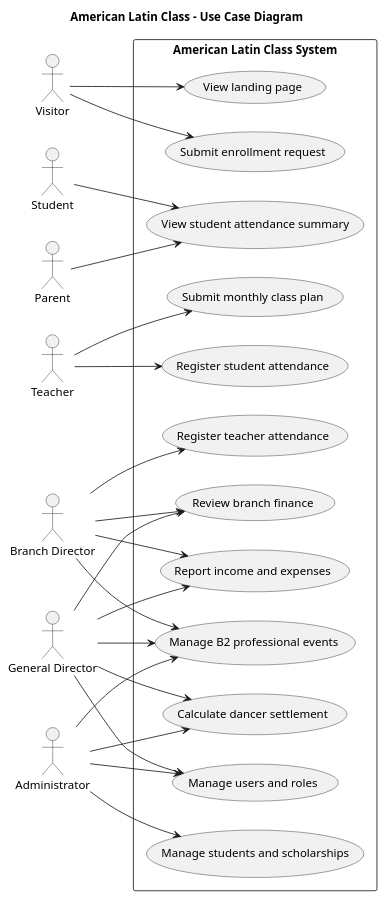
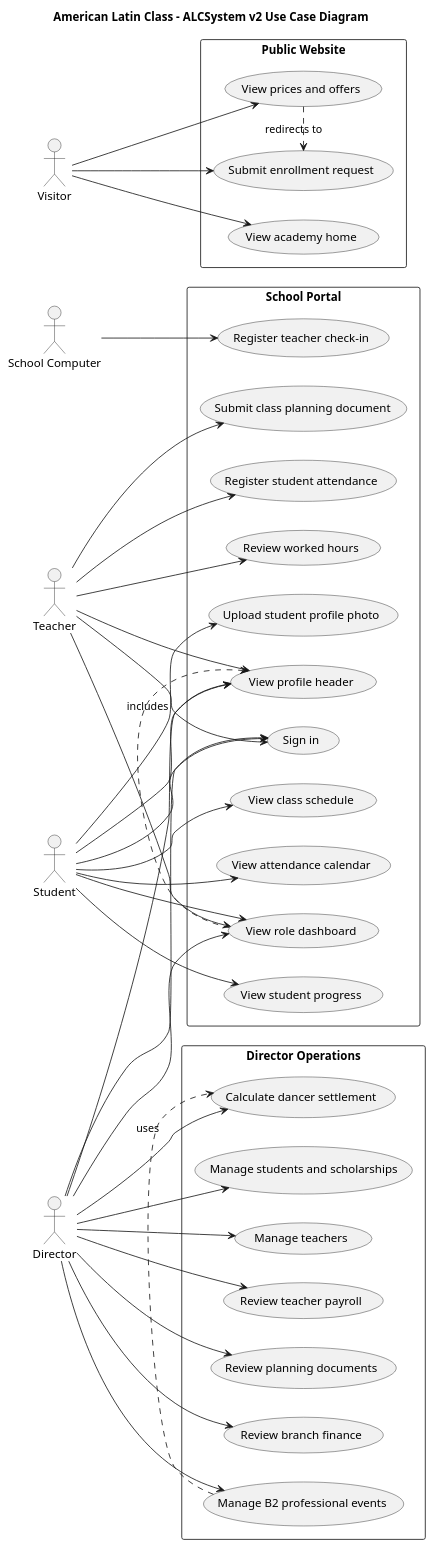
One commit to EvelynVillarreal/AWD-30716-Code-Coffee changed the diagram in 04UMLDiagrams/01UseCases/use-case-diagram.puml. Above: the diagram before and after it, drawn with PlantUML. The commit also changed 3 other files, not shown here.

Commit message:
ALCSystem v2.0.2: update UML diagrams

```diff
--- a/04UMLDiagrams/01UseCases/use-case-diagram.puml
+++ b/04UMLDiagrams/01UseCases/use-case-diagram.puml
@@ -1,48 +1,77 @@
 @startuml
-title American Latin Class - Use Case Diagram
+title American Latin Class - ALCSystem v2 Use Case Diagram
 left to right direction
 
 actor Visitor
 actor Student
-actor Parent
 actor Teacher
-actor "Branch Director" as BranchDirector
-actor "General Director" as GeneralDirector
-actor Administrator
+actor Director
+actor "School Computer" as Kiosk
 
-rectangle "American Latin Class System" {
-  usecase "View landing page" as UC1
-  usecase "Submit enrollment request" as UC2
-  usecase "View student attendance summary" as UC3
-  usecase "Submit monthly class plan" as UC4
-  usecase "Register student attendance" as UC5
-  usecase "Register teacher attendance" as UC6
-  usecase "Manage students and scholarships" as UC7
-  usecase "Review branch finance" as UC8
-  usecase "Report income and expenses" as UC9
-  usecase "Manage B2 professional events" as UC10
-  usecase "Calculate dancer settlement" as UC11
-  usecase "Manage users and roles" as UC12
+rectangle "Public Website" {
+  usecase "View academy home" as UC_HOME
+  usecase "View prices and offers" as UC_PRICING
+  usecase "Submit enrollment request" as UC_ENROLL
 }
 
-Visitor --> UC1
-Visitor --> UC2
-Parent --> UC3
-Student --> UC3
-Teacher --> UC4
-Teacher --> UC5
-BranchDirector --> UC6
-BranchDirector --> UC8
-BranchDirector --> UC9
-BranchDirector --> UC10
-Administrator --> UC7
-Administrator --> UC10
-Administrator --> UC11
-Administrator --> UC12
-GeneralDirector --> UC8
-GeneralDirector --> UC9
-GeneralDirector --> UC10
-GeneralDirector --> UC11
-GeneralDirector --> UC12
+rectangle "School Portal" {
+  usecase "Sign in" as UC_LOGIN
+  usecase "View role dashboard" as UC_DASHBOARD
+  usecase "View profile header" as UC_HEADER
+  usecase "Upload student profile photo" as UC_PHOTO
+  usecase "View student progress" as UC_PROGRESS
+  usecase "View class schedule" as UC_SCHEDULE
+  usecase "View attendance calendar" as UC_STUDENT_ATTENDANCE
+  usecase "Submit class planning document" as UC_PLAN
+  usecase "Register student attendance" as UC_ATTENDANCE
+  usecase "Review worked hours" as UC_WORK_LOG
+  usecase "Register teacher check-in" as UC_TEACHER_CHECKIN
+}
+
+rectangle "Director Operations" {
+  usecase "Manage students and scholarships" as UC_STUDENTS
+  usecase "Manage teachers" as UC_TEACHERS
+  usecase "Review teacher payroll" as UC_PAYROLL
+  usecase "Review planning documents" as UC_REVIEW_PLANS
+  usecase "Review branch finance" as UC_FINANCE
+  usecase "Manage B2 professional events" as UC_EVENTS
+  usecase "Calculate dancer settlement" as UC_SETTLEMENT
+}
+
+Visitor --> UC_HOME
+Visitor --> UC_PRICING
+Visitor --> UC_ENROLL
+
+Student --> UC_LOGIN
+Student --> UC_DASHBOARD
+Student --> UC_HEADER
+Student --> UC_PHOTO
+Student --> UC_PROGRESS
+Student --> UC_SCHEDULE
+Student --> UC_STUDENT_ATTENDANCE
+
+Teacher --> UC_LOGIN
+Teacher --> UC_DASHBOARD
+Teacher --> UC_HEADER
+Teacher --> UC_PLAN
+Teacher --> UC_ATTENDANCE
+Teacher --> UC_WORK_LOG
+
+Kiosk --> UC_TEACHER_CHECKIN
+
+Director --> UC_LOGIN
+Director --> UC_DASHBOARD
+Director --> UC_HEADER
+Director --> UC_STUDENTS
+Director --> UC_TEACHERS
+Director --> UC_PAYROLL
+Director --> UC_REVIEW_PLANS
+Director --> UC_FINANCE
+Director --> UC_EVENTS
+Director --> UC_SETTLEMENT
+
+UC_DASHBOARD .> UC_HEADER : includes
+UC_PRICING .> UC_ENROLL : redirects to
+UC_EVENTS .> UC_SETTLEMENT : uses
 
 @enduml
```
